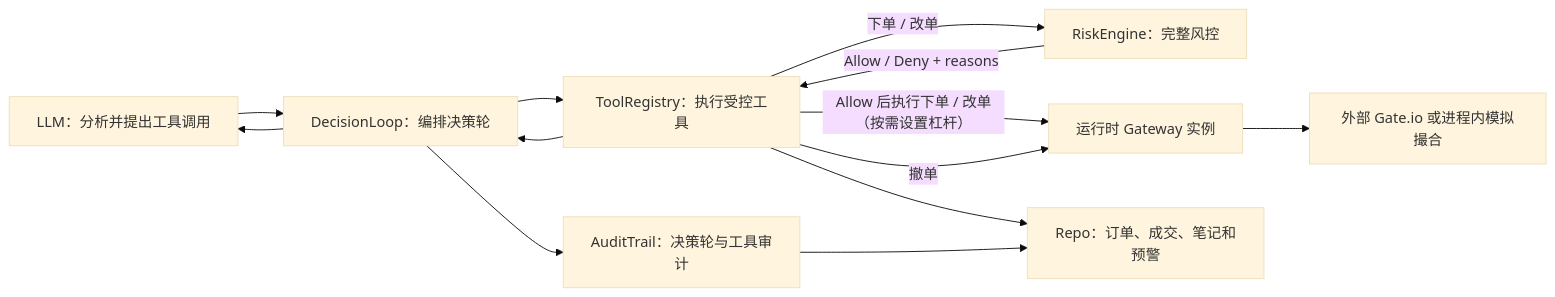
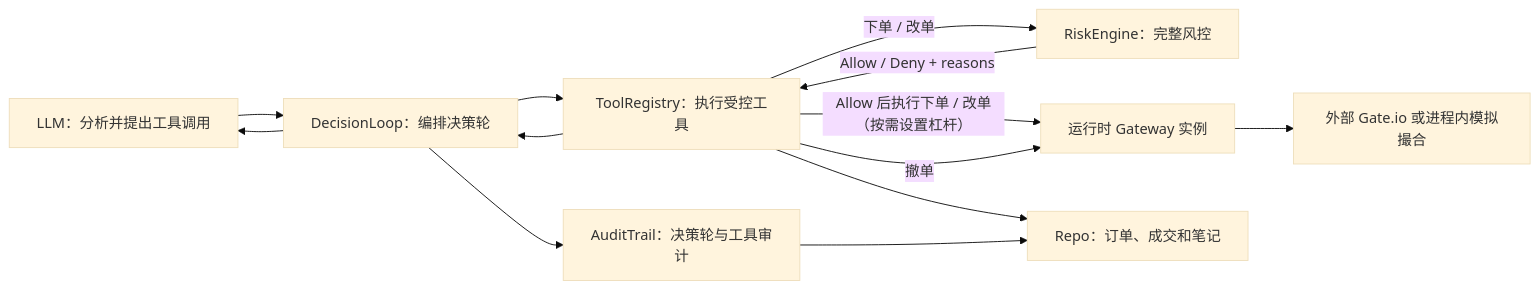
One commit to djfch/llm_transaction changed the first of 7 diagrams in docs/ARCHITECTURE.md. Above: the diagram before and after it, drawn with Mermaid (base theme). The commit also changed other lines of this file and 21 other files, not shown here.

````diff
--- a/docs/ARCHITECTURE.md
+++ b/docs/ARCHITECTURE.md
@@ -9,15 +9,15 @@
 ```mermaid
 flowchart LR
     LLM["LLM：分析并提出工具调用"] --> Decision["DecisionLoop：编排决策轮"]
     Decision --> Tools["ToolRegistry：执行受控工具"]
     Tools -->|"下单 / 改单"| Risk["RiskEngine：完整风控"]
     Risk -->|"Allow / Deny + reasons"| Tools
     Tools -->|"Allow 后执行下单 / 改单（按需设置杠杆）"| Gateway["运行时 Gateway 实例"]
     Tools -->|"撤单"| Gateway
     Gateway --> Execution["外部 Gate.io 或进程内模拟撮合"]
     Decision --> Audit["AuditTrail：决策轮与工具审计"]
-    Tools --> Repo["Repo：订单、成交、笔记和预警"]
+    Tools --> Repo["Repo：订单、成交和笔记"]
     Audit --> Repo
     Tools --> Decision
     Decision --> LLM
 ```
````
